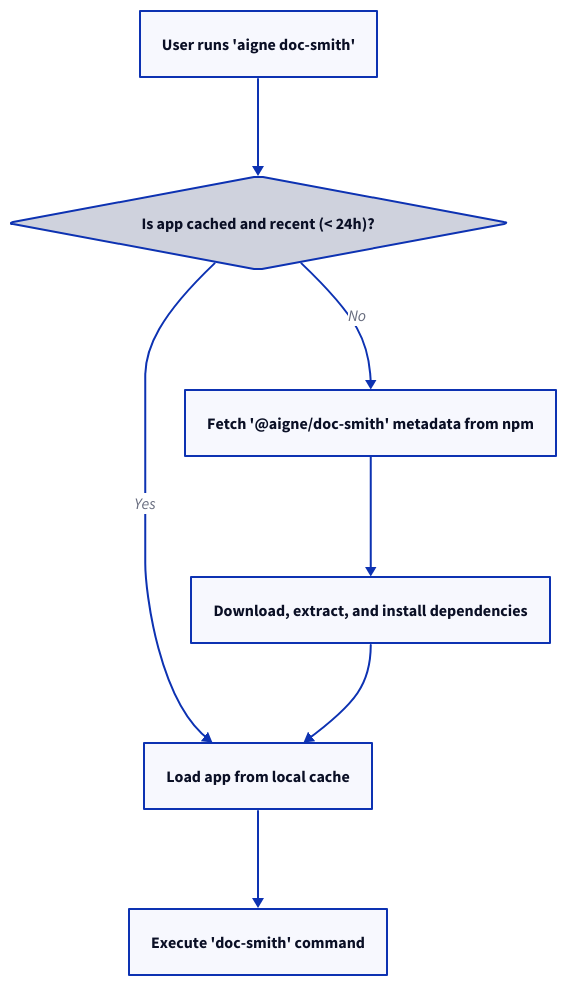
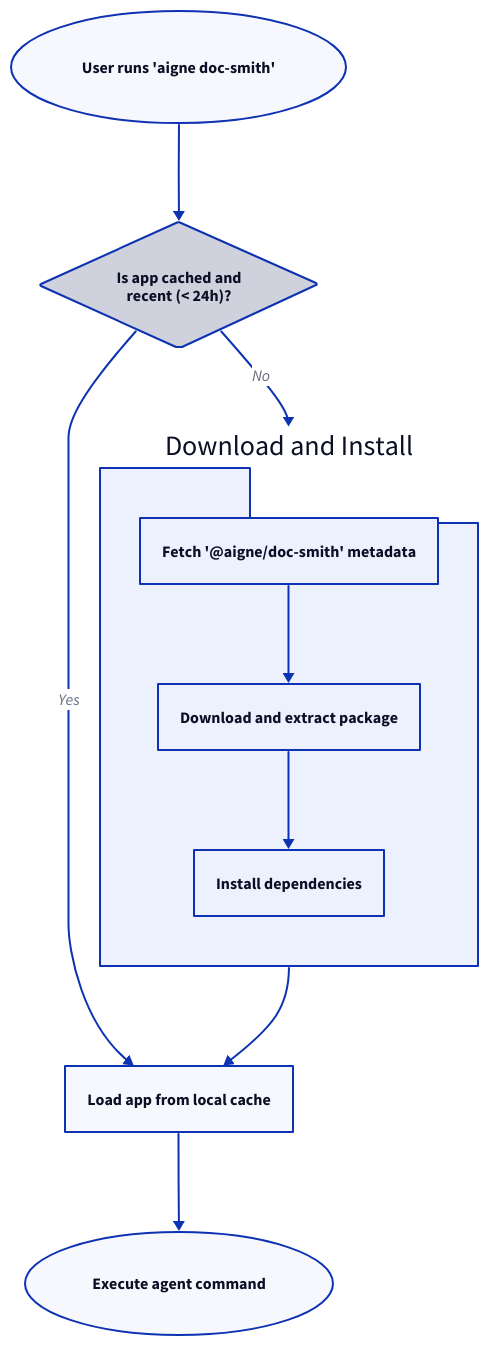
The diagram in packages/cli/docs/command-reference-built-in-apps.md (AIGNE-io/aigne-framework), drawn with D2 before and after one commit. The commit also changed 38 other files, not shown here.

````diff
--- a/packages/cli/docs/command-reference-built-in-apps.md
+++ b/packages/cli/docs/command-reference-built-in-apps.md
@@ -74,19 +74,40 @@
 ```d2
 direction: down
 
-"A": "User runs 'aigne doc-smith'"
-"B": "Is app cached and recent (< 24h)?" {
+start: {
+  label: "User runs 'aigne doc-smith'"
+  shape: oval
+}
+
+check_cache: {
+  label: "Is app cached and\nrecent (< 24h)?"
   shape: diamond
 }
-"C": "Fetch '@aigne/doc-smith' metadata from npm"
-"D": "Download, extract, and install dependencies"
-"E": "Load app from local cache"
-"F": "Execute 'doc-smith' command"
 
-"A" -> "B"
-"B" -> "E": "Yes"
-"B" -> "C": "No"
-"C" -> "D"
-"D" -> "E"
-"E" -> "F"
+load_from_cache: {
+  label: "Load app from local cache"
+  shape: rectangle
+}
+
+install_flow: {
+  label: "Download and Install"
+  shape: package
+
+  fetch_metadata: { label: "Fetch '@aigne/doc-smith' metadata" }
+  download: { label: "Download and extract package" }
+  install_deps: { label: "Install dependencies" }
+
+  fetch_metadata -> download -> install_deps
+}
+
+execute: {
+  label: "Execute agent command"
+  shape: oval
+}
+
+start -> check_cache
+check_cache -> load_from_cache: "Yes"
+check_cache -> install_flow: "No"
+install_flow -> load_from_cache
+load_from_cache -> execute
 ```
````
